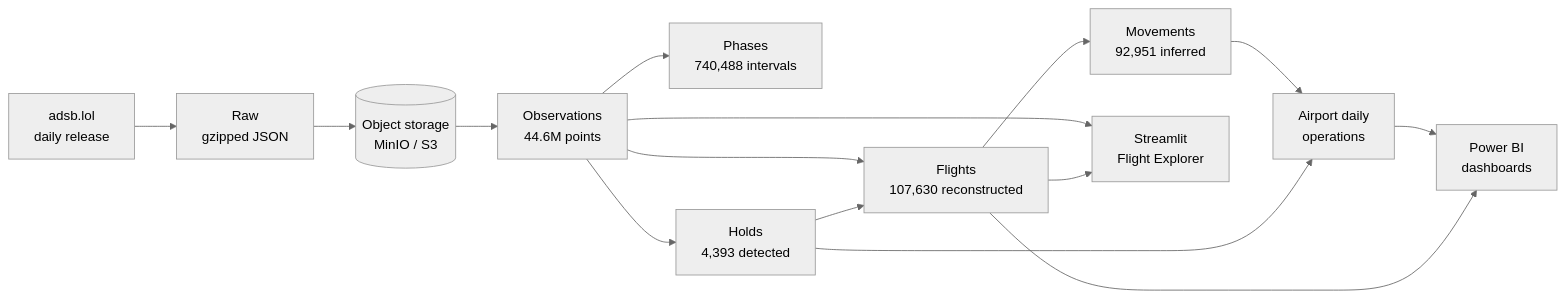
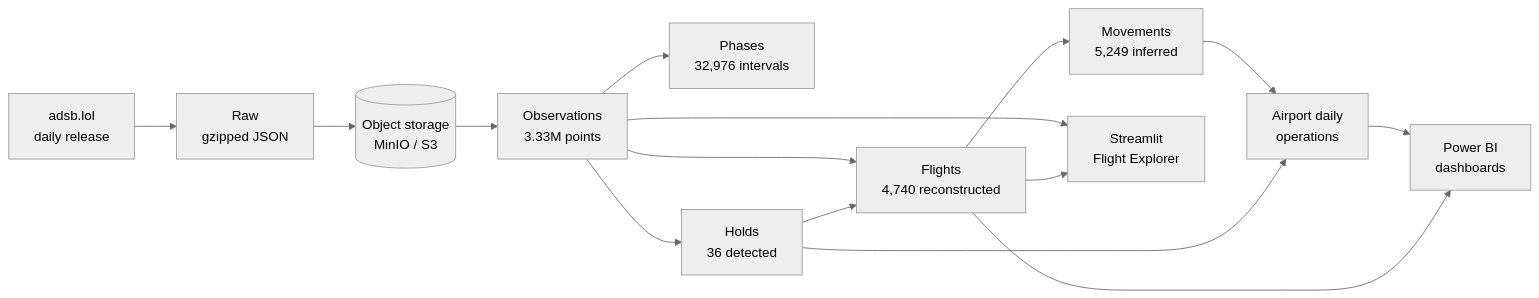
One commit to arthurgygax/aircraft-ops-analytics changed the diagram in README.md. Above: the diagram before and after it, drawn with Mermaid (neutral theme). The commit also changed other lines of this file and 13 other files, not shown here.

````diff
--- a/README.md
+++ b/README.md
@@ -26,17 +30,17 @@
 ```mermaid
 flowchart LR
     SRC["adsb.lol<br/>daily release"] --> RAW["Raw<br/>gzipped JSON"]
     RAW --> OBJ[("Object storage<br/>MinIO / S3")]
-    OBJ --> OBS["Observations<br/>44.6M points"]
-    OBS --> FL["Flights<br/>107,630 reconstructed"]
-    OBS --> PH["Phases<br/>740,488 intervals"]
-    OBS --> HLD["Holds<br/>4,393 detected"]
-    FL --> MOV["Movements<br/>92,951 inferred"]
+    OBJ --> OBS["Observations<br/>3.33M points"]
+    OBS --> FL["Flights<br/>4,740 reconstructed"]
+    OBS --> PH["Phases<br/>32,976 intervals"]
+    OBS --> HLD["Holds<br/>36 detected"]
+    FL --> MOV["Movements<br/>5,249 inferred"]
     MOV --> OPS["Airport daily<br/>operations"]
     HLD --> OPS
     HLD --> FL
     OBS --> ST["Streamlit<br/>Flight Explorer"]
     FL --> ST
     OPS --> BI["Power BI<br/>dashboards"]
     FL --> BI
 ```
````
